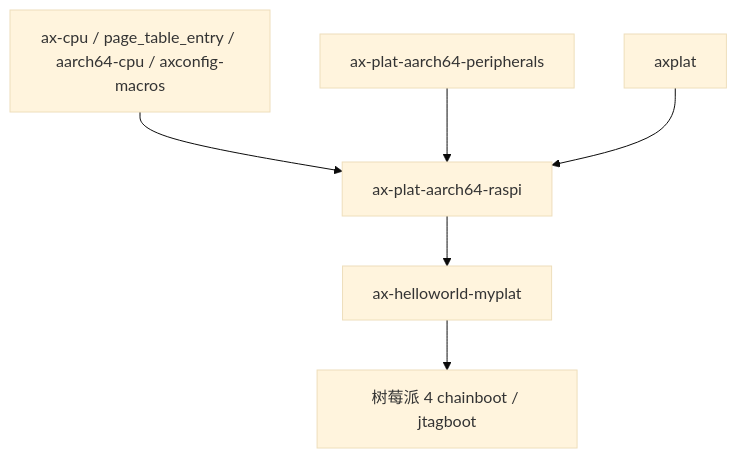
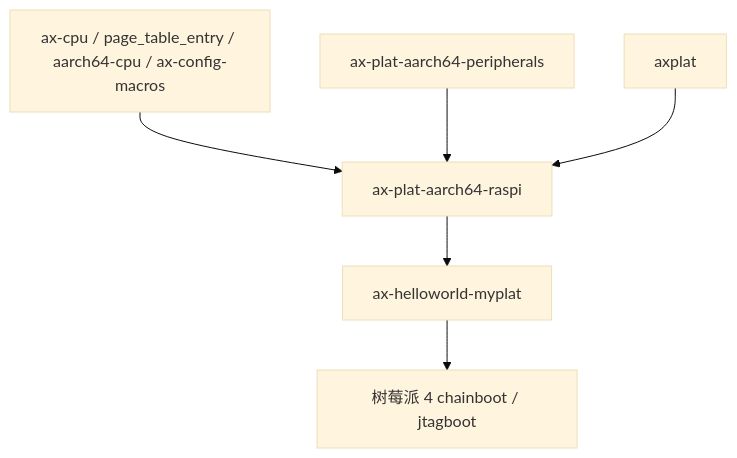
The second of 2 diagrams in docs/crates/ax-plat-aarch64-raspi.md (zKurisu/tgoskits), drawn with Mermaid (base theme) before and after one commit. The commit also changed other lines of this file and 75 other files, not shown here.

Commit message:
rename axconfig-macros to ax-config-macros

````diff
--- a/docs/crates/ax-plat-aarch64-raspi.md
+++ b/docs/crates/ax-plat-aarch64-raspi.md
@@ -156,8 +156,8 @@
 ```mermaid
 graph TD
-    A[ax-cpu / page_table_entry / aarch64-cpu / axconfig-macros] --> B[ax-plat-aarch64-raspi]
+    A[ax-cpu / page_table_entry / aarch64-cpu / ax-config-macros] --> B[ax-plat-aarch64-raspi]
     C[ax-plat-aarch64-peripherals] --> B
     D[axplat] --> B
     B --> E[ax-helloworld-myplat]
     E --> F[树莓派 4 chainboot / jtagboot]
 ```
````
